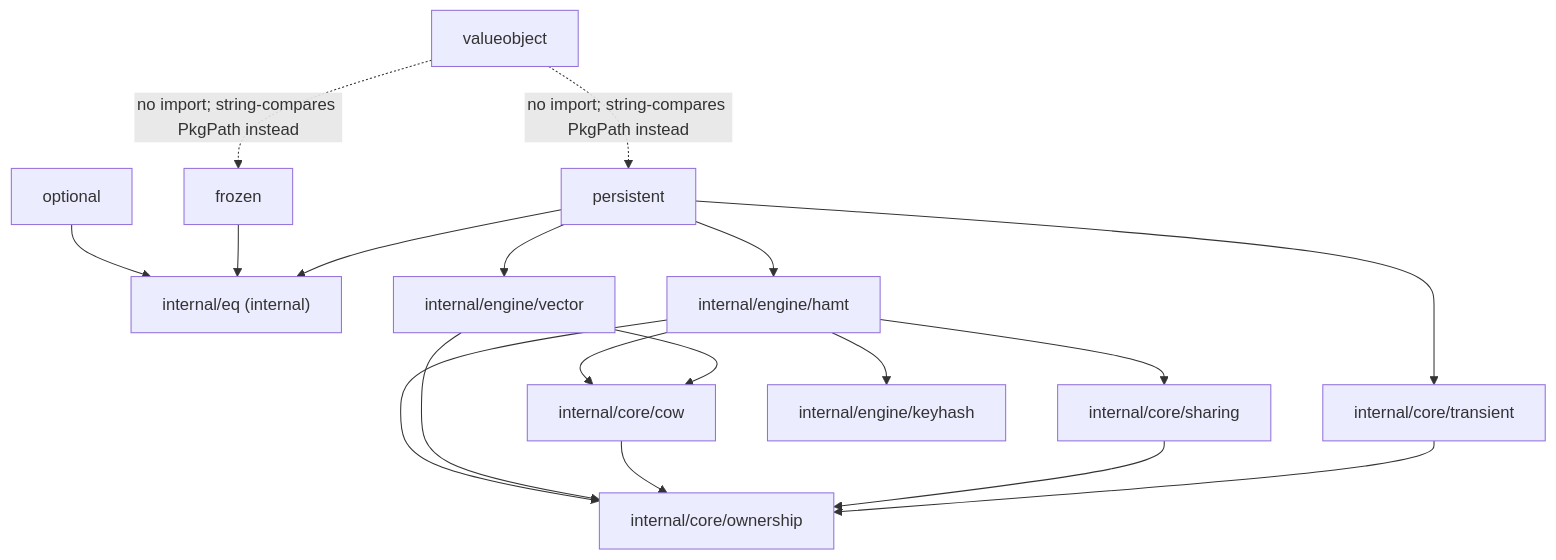
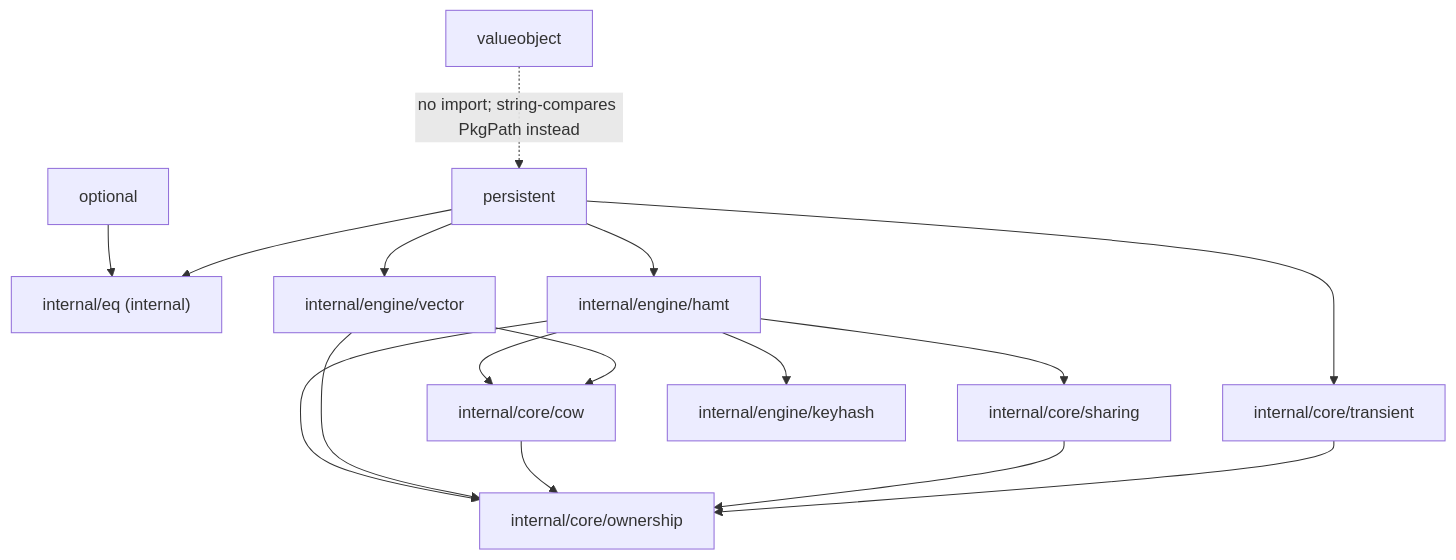
One commit to alvadorncorp/functional-go changed the diagram in docs/overview.md. Above: the diagram before and after it, drawn with Mermaid. The commit also changed other lines of this file and 31 other files, not shown here.

````diff
--- a/docs/overview.md
+++ b/docs/overview.md
@@ -136,33 +134,30 @@
 ```mermaid
 flowchart TB
   optional[optional]
-  frozen[frozen]
   persistent[persistent]
   valueobject[valueobject]
   eq["internal/eq (internal)"]
   ownership["internal/core/ownership"]
   cow["internal/core/cow"]
   sharing["internal/core/sharing"]
   transient["internal/core/transient"]
   hamt["internal/engine/hamt"]
   vector["internal/engine/vector"]
   keyhash["internal/engine/keyhash"]
 
   optional --> eq
-  frozen --> eq
   persistent --> eq
   persistent --> transient
   persistent --> hamt
   persistent --> vector
   hamt --> ownership
   hamt --> cow
   hamt --> sharing
   hamt --> keyhash
   vector --> ownership
   vector --> cow
   cow --> ownership
   sharing --> ownership
   transient --> ownership
-  valueobject -.->|no import; string-compares PkgPath instead| frozen
   valueobject -.->|no import; string-compares PkgPath instead| persistent
 ```
````
